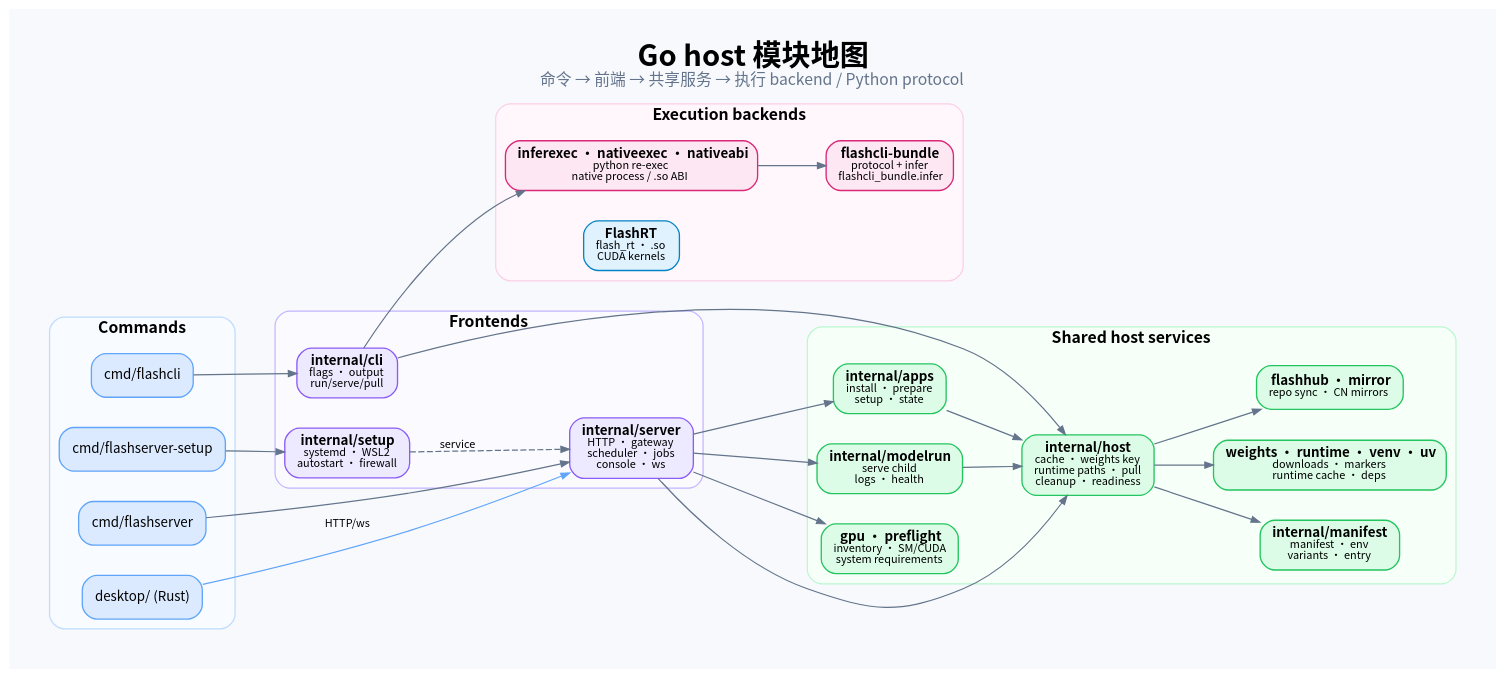
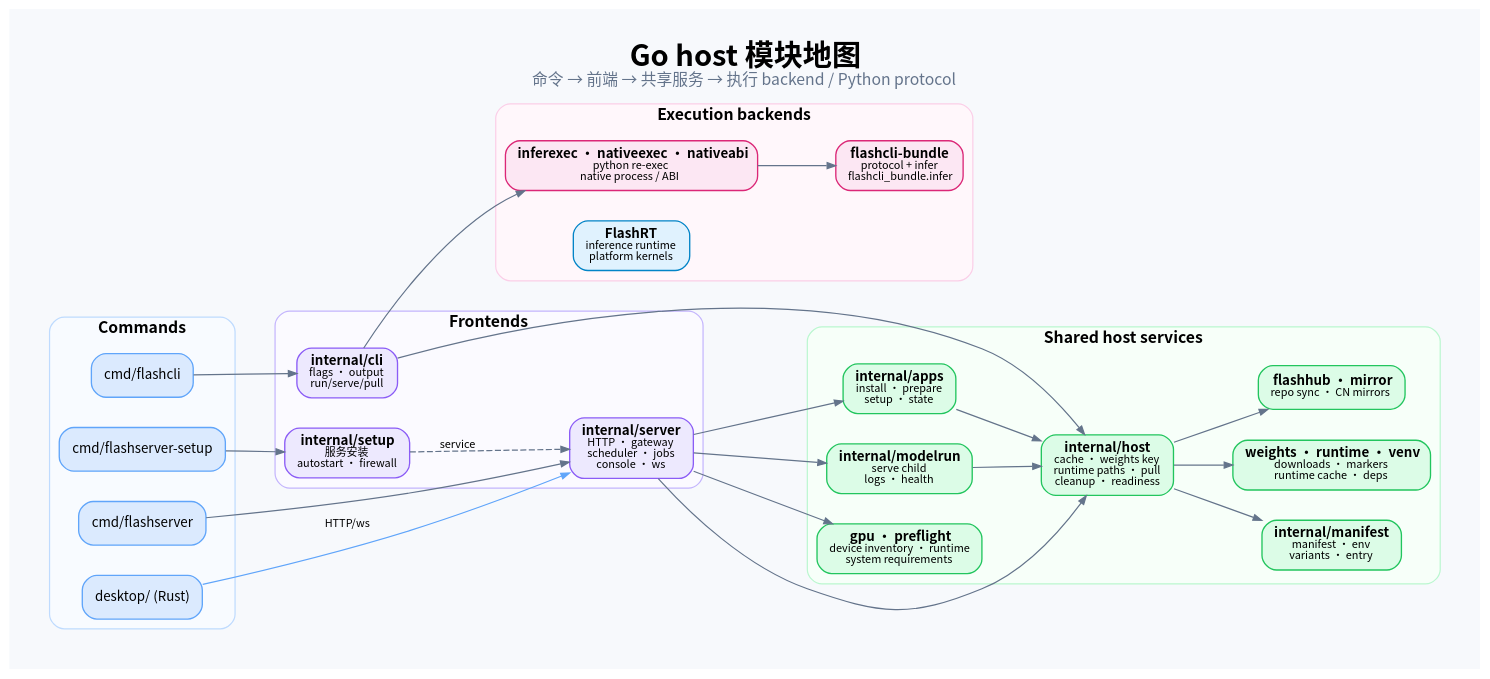
Before and after one commit to aodianyun/flashcli: the diagram in docs/images/go-module-map.zh-CN.dot, drawn with Graphviz. The commit also changed 29 other files, not shown here.

First line of the commit message:
docs(architecture): generalize platform and endpoint details

```diff
--- a/docs/images/go-module-map.zh-CN.dot
+++ b/docs/images/go-module-map.zh-CN.dot
@@ -1,47 +1,47 @@
 digraph GoModuleMap {
   graph [rankdir=LR, bgcolor="#f7f9fc", pad=0.35, nodesep=0.35, ranksep=0.65,
          fontname="Noto Sans CJK SC", fontsize=24, labelloc="t",
          label=<<B>Go host 模块地图</B><BR/><FONT POINT-SIZE="13" COLOR="#64748b">命令 → 前端 → 共享服务 → 执行 backend / Python protocol</FONT>>];
   node [shape=box, style="rounded,filled", fontname="Noto Sans CJK SC",
         fontsize=11, margin="0.14,0.08", penwidth=1.1, color="#94a3b8"];
   edge [fontname="Noto Sans CJK SC", fontsize=9, color="#64748b", arrowsize=0.7];
 
   subgraph cluster_cmd {
     label=<<B>Commands</B>>; fontsize=13; color="#bfdbfe"; style="rounded,filled"; fillcolor="#f8fbff";
     cmdcli [fillcolor="#dbeafe", color="#60a5fa", label="cmd/flashcli"];
     cmdsrv [fillcolor="#dbeafe", color="#60a5fa", label="cmd/flashserver"];
     cmdsetup [fillcolor="#dbeafe", color="#60a5fa", label="cmd/flashserver-setup"];
     desktop [fillcolor="#dbeafe", color="#60a5fa", label="desktop/ (Rust)"];
   }
 
   subgraph cluster_front {
     label=<<B>Frontends</B>>; fontsize=13; color="#c4b5fd"; style="rounded,filled"; fillcolor="#fbfaff";
     cli [fillcolor="#ede9fe", color="#8b5cf6", label=<<B>internal/cli</B><BR/><FONT POINT-SIZE="9">flags · output<BR/>run/serve/pull</FONT>>];
     srv [fillcolor="#ede9fe", color="#8b5cf6", label=<<B>internal/server</B><BR/><FONT POINT-SIZE="9">HTTP · gateway<BR/>scheduler · jobs<BR/>console · ws</FONT>>];
-    setup [fillcolor="#ede9fe", color="#8b5cf6", label=<<B>internal/setup</B><BR/><FONT POINT-SIZE="9">systemd · WSL2<BR/>autostart · firewall</FONT>>];
+    setup [fillcolor="#ede9fe", color="#8b5cf6", label=<<B>internal/setup</B><BR/><FONT POINT-SIZE="9">服务安装<BR/>autostart · firewall</FONT>>];
   }
 
   subgraph cluster_shared {
     label=<<B>Shared host services</B>>; fontsize=13; color="#bbf7d0"; style="rounded,filled"; fillcolor="#f7fff9";
     host [fillcolor="#dcfce7", color="#22c55e", label=<<B>internal/host</B><BR/><FONT POINT-SIZE="9">cache · weights key<BR/>runtime paths · pull<BR/>cleanup · readiness</FONT>>];
     apps [fillcolor="#dcfce7", color="#22c55e", label=<<B>internal/apps</B><BR/><FONT POINT-SIZE="9">install · prepare<BR/>setup · state</FONT>>];
     modelrun [fillcolor="#dcfce7", color="#22c55e", label=<<B>internal/modelrun</B><BR/><FONT POINT-SIZE="9">serve child<BR/>logs · health</FONT>>];
     manifest [fillcolor="#dcfce7", color="#22c55e", label=<<B>internal/manifest</B><BR/><FONT POINT-SIZE="9">manifest · env<BR/>variants · entry</FONT>>];
-    support [fillcolor="#dcfce7", color="#22c55e", label=<<B>weights · runtime · venv · uv</B><BR/><FONT POINT-SIZE="9">downloads · markers<BR/>runtime cache · deps</FONT>>];
+    support [fillcolor="#dcfce7", color="#22c55e", label=<<B>weights · runtime · venv</B><BR/><FONT POINT-SIZE="9">downloads · markers<BR/>runtime cache · deps</FONT>>];
     infra [fillcolor="#dcfce7", color="#22c55e", label=<<B>flashhub · mirror</B><BR/><FONT POINT-SIZE="9">repo sync · CN mirrors</FONT>>];
-    probes [fillcolor="#dcfce7", color="#22c55e", label=<<B>gpu · preflight</B><BR/><FONT POINT-SIZE="9">inventory · SM/CUDA<BR/>system requirements</FONT>>];
+    probes [fillcolor="#dcfce7", color="#22c55e", label=<<B>gpu · preflight</B><BR/><FONT POINT-SIZE="9">device inventory · runtime<BR/>system requirements</FONT>>];
   }
 
   subgraph cluster_exec {
     label=<<B>Execution backends</B>>; fontsize=13; color="#fbcfe8"; style="rounded,filled"; fillcolor="#fff7fb";
-    infer [fillcolor="#fce7f3", color="#db2777", label=<<B>inferexec · nativeexec · nativeabi</B><BR/><FONT POINT-SIZE="9">python re-exec<BR/>native process / .so ABI</FONT>>];
+    infer [fillcolor="#fce7f3", color="#db2777", label=<<B>inferexec · nativeexec · nativeabi</B><BR/><FONT POINT-SIZE="9">python re-exec<BR/>native process / ABI</FONT>>];
     pyproto [fillcolor="#fce7f3", color="#db2777", label=<<B>flashcli-bundle</B><BR/><FONT POINT-SIZE="9">protocol + infer<BR/>flashcli_bundle.infer</FONT>>];
-    flashrt [fillcolor="#e0f2fe", color="#0284c7", label=<<B>FlashRT</B><BR/><FONT POINT-SIZE="9">flash_rt · .so<BR/>CUDA kernels</FONT>>];
+    flashrt [fillcolor="#e0f2fe", color="#0284c7", label=<<B>FlashRT</B><BR/><FONT POINT-SIZE="9">inference runtime<BR/>platform kernels</FONT>>];
   }
 
   cmdcli -> cli; cmdsrv -> srv; cmdsetup -> setup; desktop -> srv [label="HTTP/ws", color="#60a5fa"];
   cli -> host; cli -> infer; srv -> host; srv -> apps; srv -> modelrun; srv -> probes;
   apps -> host; modelrun -> host; host -> support; host -> infra; host -> manifest;
   infer -> pyproto;
   setup -> srv [label="service", style=dashed];
 }
```
